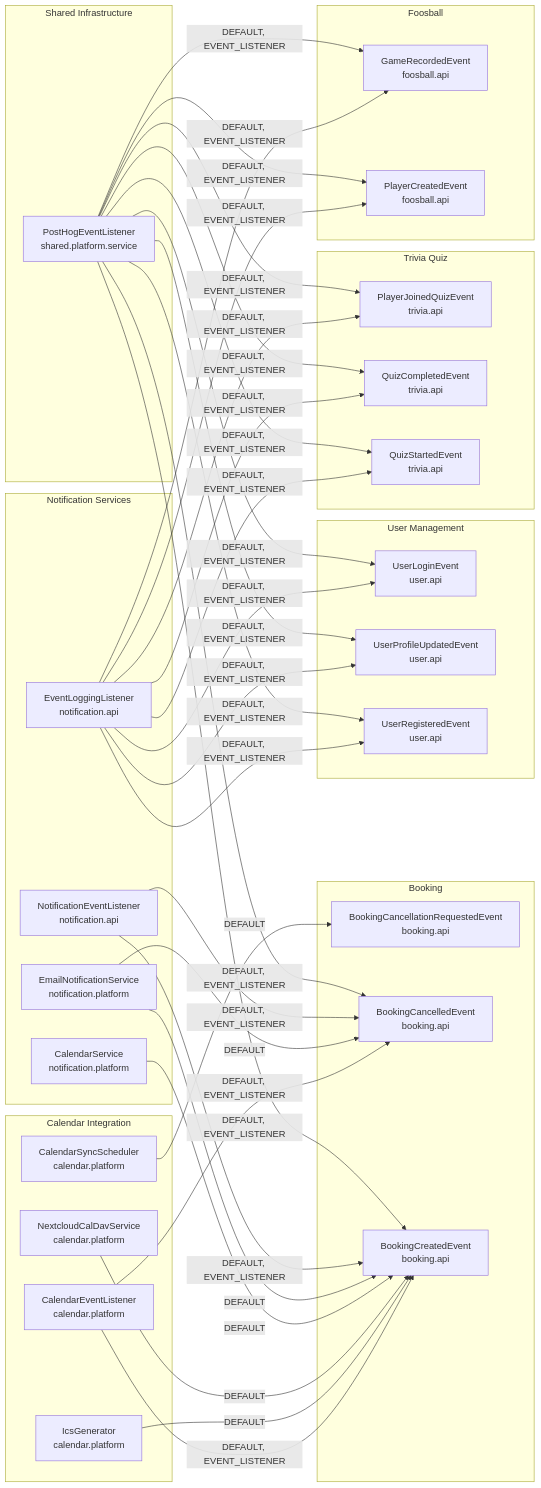
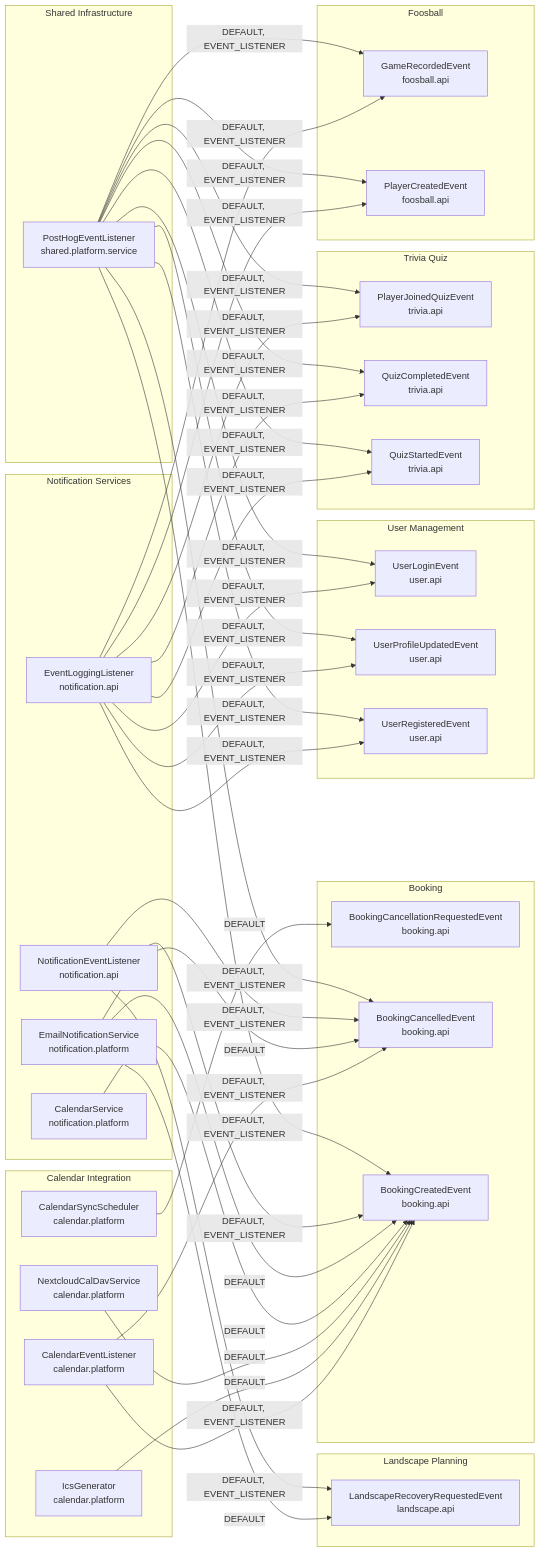
The diagram in docs/modulith-class-dependencies.md (SnapPetal/PersonalWeb), drawn with Mermaid before and after one commit. The commit also changed 17 other files, not shown here.

Commit message:
Add verified landscape email recovery

````diff
--- a/docs/modulith-class-dependencies.md
+++ b/docs/modulith-class-dependencies.md
@@ -5,65 +5,70 @@
 ```mermaid
 flowchart LR
   subgraph Booking["Booking"]
     biz_thonbecker_personal_booking_api_BookingCancellationRequestedEvent["BookingCancellationRequestedEvent<br/>booking.api"]
     biz_thonbecker_personal_booking_api_BookingCancelledEvent["BookingCancelledEvent<br/>booking.api"]
     biz_thonbecker_personal_booking_api_BookingCreatedEvent["BookingCreatedEvent<br/>booking.api"]
   end
   subgraph Calendar_Integration["Calendar Integration"]
     biz_thonbecker_personal_calendar_platform_CalendarEventListener["CalendarEventListener<br/>calendar.platform"]
     biz_thonbecker_personal_calendar_platform_CalendarSyncScheduler["CalendarSyncScheduler<br/>calendar.platform"]
     biz_thonbecker_personal_calendar_platform_IcsGenerator["IcsGenerator<br/>calendar.platform"]
     biz_thonbecker_personal_calendar_platform_NextcloudCalDavService["NextcloudCalDavService<br/>calendar.platform"]
   end
   subgraph Foosball["Foosball"]
     biz_thonbecker_personal_foosball_api_GameRecordedEvent["GameRecordedEvent<br/>foosball.api"]
     biz_thonbecker_personal_foosball_api_PlayerCreatedEvent["PlayerCreatedEvent<br/>foosball.api"]
+  end
+  subgraph Landscape_Planning["Landscape Planning"]
+    biz_thonbecker_personal_landscape_api_LandscapeRecoveryRequestedEvent["LandscapeRecoveryRequestedEvent<br/>landscape.api"]
   end
   subgraph Notification_Services["Notification Services"]
     biz_thonbecker_personal_notification_platform_CalendarService["CalendarService<br/>notification.platform"]
     biz_thonbecker_personal_notification_platform_EmailNotificationService["EmailNotificationService<br/>notification.platform"]
     biz_thonbecker_personal_notification_api_EventLoggingListener["EventLoggingListener<br/>notification.api"]
     biz_thonbecker_personal_notification_api_NotificationEventListener["NotificationEventListener<br/>notification.api"]
   end
   subgraph Shared_Infrastructure["Shared Infrastructure"]
     biz_thonbecker_personal_shared_platform_service_PostHogEventListener["PostHogEventListener<br/>shared.platform.service"]
   end
   subgraph Trivia_Quiz["Trivia Quiz"]
     biz_thonbecker_personal_trivia_api_PlayerJoinedQuizEvent["PlayerJoinedQuizEvent<br/>trivia.api"]
     biz_thonbecker_personal_trivia_api_QuizCompletedEvent["QuizCompletedEvent<br/>trivia.api"]
     biz_thonbecker_personal_trivia_api_QuizStartedEvent["QuizStartedEvent<br/>trivia.api"]
   end
   subgraph User_Management["User Management"]
     biz_thonbecker_personal_user_api_UserLoginEvent["UserLoginEvent<br/>user.api"]
     biz_thonbecker_personal_user_api_UserProfileUpdatedEvent["UserProfileUpdatedEvent<br/>user.api"]
     biz_thonbecker_personal_user_api_UserRegisteredEvent["UserRegisteredEvent<br/>user.api"]
   end
   biz_thonbecker_personal_calendar_platform_CalendarEventListener -->|"DEFAULT, EVENT_LISTENER"| biz_thonbecker_personal_booking_api_BookingCancelledEvent
   biz_thonbecker_personal_calendar_platform_CalendarEventListener -->|"DEFAULT, EVENT_LISTENER"| biz_thonbecker_personal_booking_api_BookingCreatedEvent
   biz_thonbecker_personal_calendar_platform_CalendarSyncScheduler -->|"DEFAULT"| biz_thonbecker_personal_booking_api_BookingCancellationRequestedEvent
   biz_thonbecker_personal_calendar_platform_IcsGenerator -->|"DEFAULT"| biz_thonbecker_personal_booking_api_BookingCreatedEvent
   biz_thonbecker_personal_calendar_platform_NextcloudCalDavService -->|"DEFAULT"| biz_thonbecker_personal_booking_api_BookingCreatedEvent
   biz_thonbecker_personal_notification_platform_CalendarService -->|"DEFAULT"| biz_thonbecker_personal_booking_api_BookingCreatedEvent
   biz_thonbecker_personal_notification_platform_EmailNotificationService -->|"DEFAULT"| biz_thonbecker_personal_booking_api_BookingCancelledEvent
   biz_thonbecker_personal_notification_platform_EmailNotificationService -->|"DEFAULT"| biz_thonbecker_personal_booking_api_BookingCreatedEvent
   biz_thonbecker_personal_notification_api_NotificationEventListener -->|"DEFAULT, EVENT_LISTENER"| biz_thonbecker_personal_booking_api_BookingCancelledEvent
   biz_thonbecker_personal_notification_api_NotificationEventListener -->|"DEFAULT, EVENT_LISTENER"| biz_thonbecker_personal_booking_api_BookingCreatedEvent
   biz_thonbecker_personal_notification_api_EventLoggingListener -->|"DEFAULT, EVENT_LISTENER"| biz_thonbecker_personal_foosball_api_GameRecordedEvent
   biz_thonbecker_personal_notification_api_EventLoggingListener -->|"DEFAULT, EVENT_LISTENER"| biz_thonbecker_personal_foosball_api_PlayerCreatedEvent
+  biz_thonbecker_personal_notification_platform_EmailNotificationService -->|"DEFAULT"| biz_thonbecker_personal_landscape_api_LandscapeRecoveryRequestedEvent
+  biz_thonbecker_personal_notification_api_NotificationEventListener -->|"DEFAULT, EVENT_LISTENER"| biz_thonbecker_personal_landscape_api_LandscapeRecoveryRequestedEvent
   biz_thonbecker_personal_notification_api_EventLoggingListener -->|"DEFAULT, EVENT_LISTENER"| biz_thonbecker_personal_trivia_api_PlayerJoinedQuizEvent
   biz_thonbecker_personal_notification_api_EventLoggingListener -->|"DEFAULT, EVENT_LISTENER"| biz_thonbecker_personal_trivia_api_QuizCompletedEvent
   biz_thonbecker_personal_notification_api_EventLoggingListener -->|"DEFAULT, EVENT_LISTENER"| biz_thonbecker_personal_trivia_api_QuizStartedEvent
   biz_thonbecker_personal_notification_api_EventLoggingListener -->|"DEFAULT, EVENT_LISTENER"| biz_thonbecker_personal_user_api_UserLoginEvent
   biz_thonbecker_personal_notification_api_EventLoggingListener -->|"DEFAULT, EVENT_LISTENER"| biz_thonbecker_personal_user_api_UserProfileUpdatedEvent
   biz_thonbecker_personal_notification_api_EventLoggingListener -->|"DEFAULT, EVENT_LISTENER"| biz_thonbecker_personal_user_api_UserRegisteredEvent
   biz_thonbecker_personal_shared_platform_service_PostHogEventListener -->|"DEFAULT, EVENT_LISTENER"| biz_thonbecker_personal_booking_api_BookingCancelledEvent
   biz_thonbecker_personal_shared_platform_service_PostHogEventListener -->|"DEFAULT, EVENT_LISTENER"| biz_thonbecker_personal_booking_api_BookingCreatedEvent
   biz_thonbecker_personal_shared_platform_service_PostHogEventListener -->|"DEFAULT, EVENT_LISTENER"| biz_thonbecker_personal_foosball_api_GameRecordedEvent
   biz_thonbecker_personal_shared_platform_service_PostHogEventListener -->|"DEFAULT, EVENT_LISTENER"| biz_thonbecker_personal_foosball_api_PlayerCreatedEvent
   biz_thonbecker_personal_shared_platform_service_PostHogEventListener -->|"DEFAULT, EVENT_LISTENER"| biz_thonbecker_personal_trivia_api_PlayerJoinedQuizEvent
   biz_thonbecker_personal_shared_platform_service_PostHogEventListener -->|"DEFAULT, EVENT_LISTENER"| biz_thonbecker_personal_trivia_api_QuizCompletedEvent
   biz_thonbecker_personal_shared_platform_service_PostHogEventListener -->|"DEFAULT, EVENT_LISTENER"| biz_thonbecker_personal_trivia_api_QuizStartedEvent
   biz_thonbecker_personal_shared_platform_service_PostHogEventListener -->|"DEFAULT, EVENT_LISTENER"| biz_thonbecker_personal_user_api_UserLoginEvent
   biz_thonbecker_personal_shared_platform_service_PostHogEventListener -->|"DEFAULT, EVENT_LISTENER"| biz_thonbecker_personal_user_api_UserProfileUpdatedEvent
   biz_thonbecker_personal_shared_platform_service_PostHogEventListener -->|"DEFAULT, EVENT_LISTENER"| biz_thonbecker_personal_user_api_UserRegisteredEvent
 ```
````
